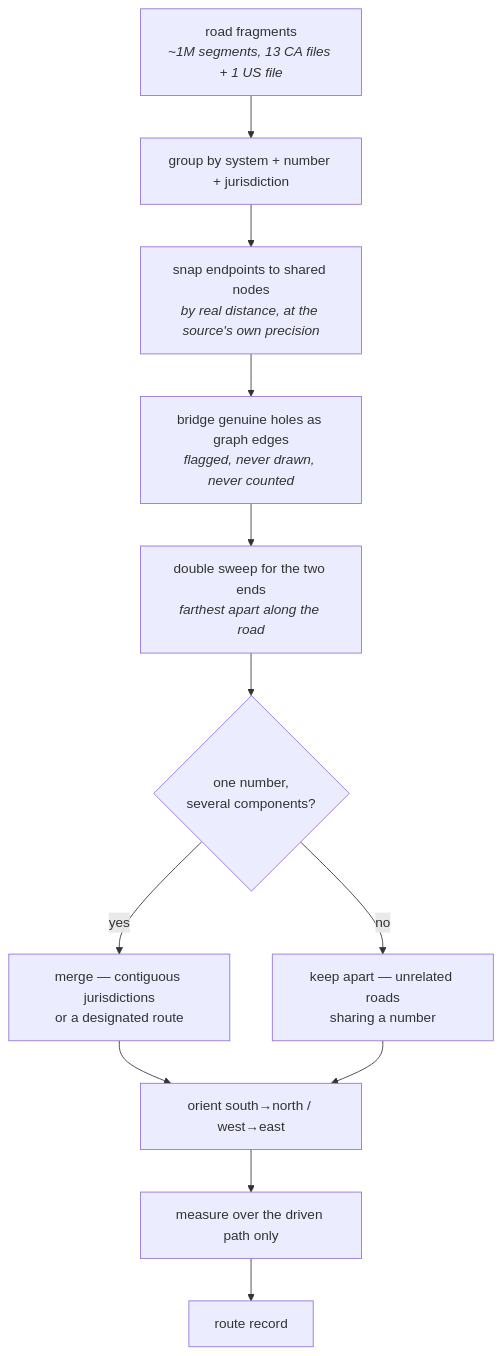
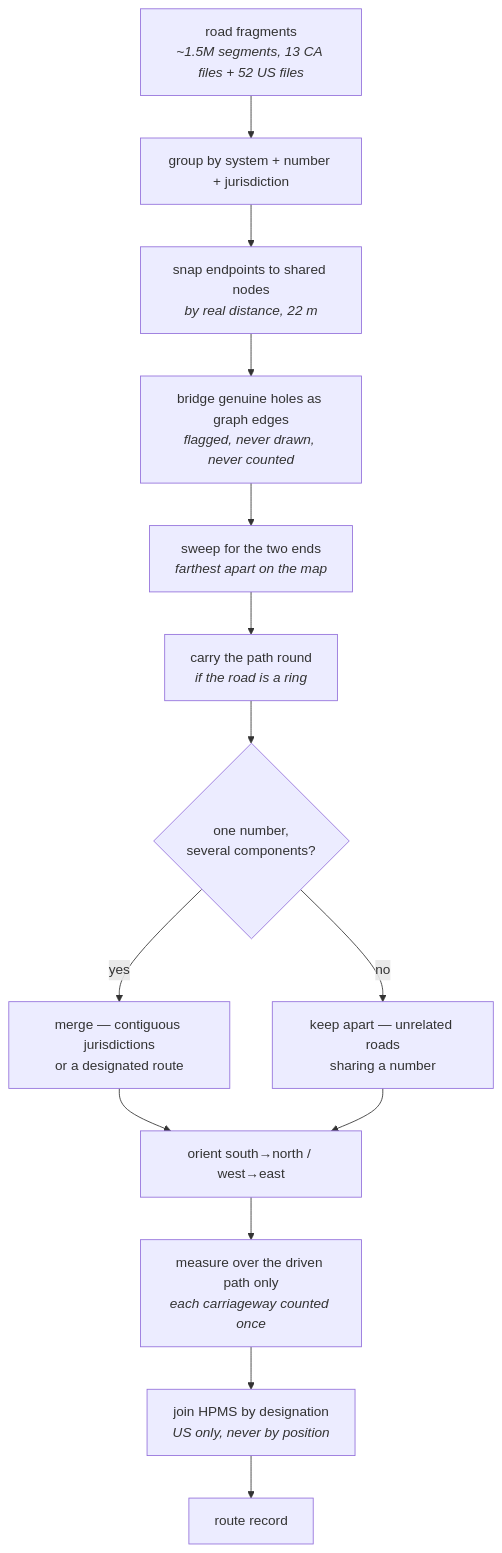
Before and after one commit to AndyUneducated/interstate-atlas: the second of 3 diagrams in docs/ARCHITECTURE.md, drawn with Mermaid. The commit also changed other lines of this file and 8 other files, not shown here.

````diff
--- a/docs/ARCHITECTURE.md
+++ b/docs/ARCHITECTURE.md
@@ -105,19 +107,21 @@
 ```mermaid
 flowchart TD
-  A["road fragments<br/><i>~1M segments, 13 CA files + 1 US file</i>"]
+  A["road fragments<br/><i>~1.5M segments, 13 CA files + 52 US files</i>"]
   B["group by system + number + jurisdiction"]
-  C["snap endpoints to shared nodes<br/><i>by real distance, at the source's own precision</i>"]
+  C["snap endpoints to shared nodes<br/><i>by real distance, 22 m</i>"]
   D["bridge genuine holes as graph edges<br/><i>flagged, never drawn, never counted</i>"]
-  E["double sweep for the two ends<br/><i>farthest apart along the road</i>"]
+  E["sweep for the two ends<br/><i>farthest apart on the map</i>"]
+  E2["carry the path round<br/><i>if the road is a ring</i>"]
   F{"one number,<br/>several components?"}
   G["merge — contiguous jurisdictions<br/>or a designated route"]
   H["keep apart — unrelated roads<br/>sharing a number"]
   I["orient south→north / west→east"]
-  J["measure over the driven path only"]
+  J["measure over the driven path only<br/><i>each carriageway counted once</i>"]
   K["route record"]
+  L["join HPMS by designation<br/><i>US only, never by position</i>"]
 
-  A --> B --> C --> D --> E --> F
+  A --> B --> C --> D --> E --> E2 --> F
   F -->|yes| G --> I
   F -->|no| H --> I
-  I --> J --> K
+  I --> J --> L --> K
 ```
````
